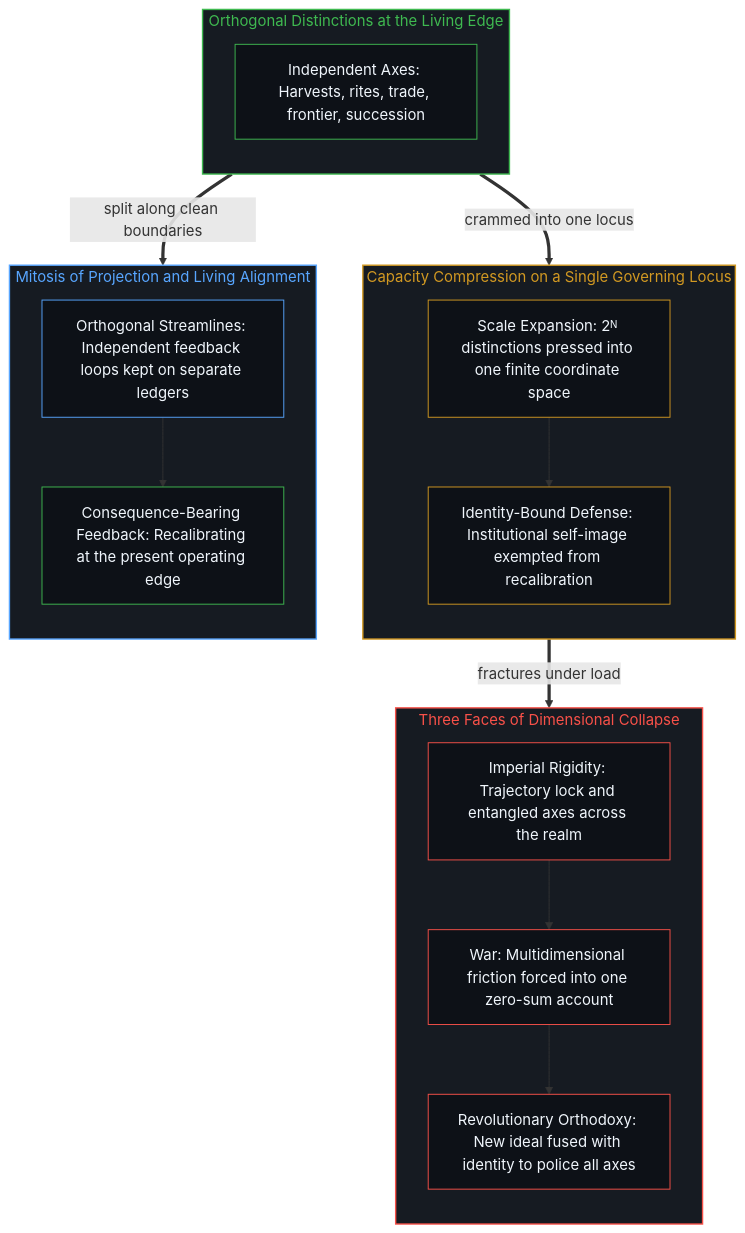
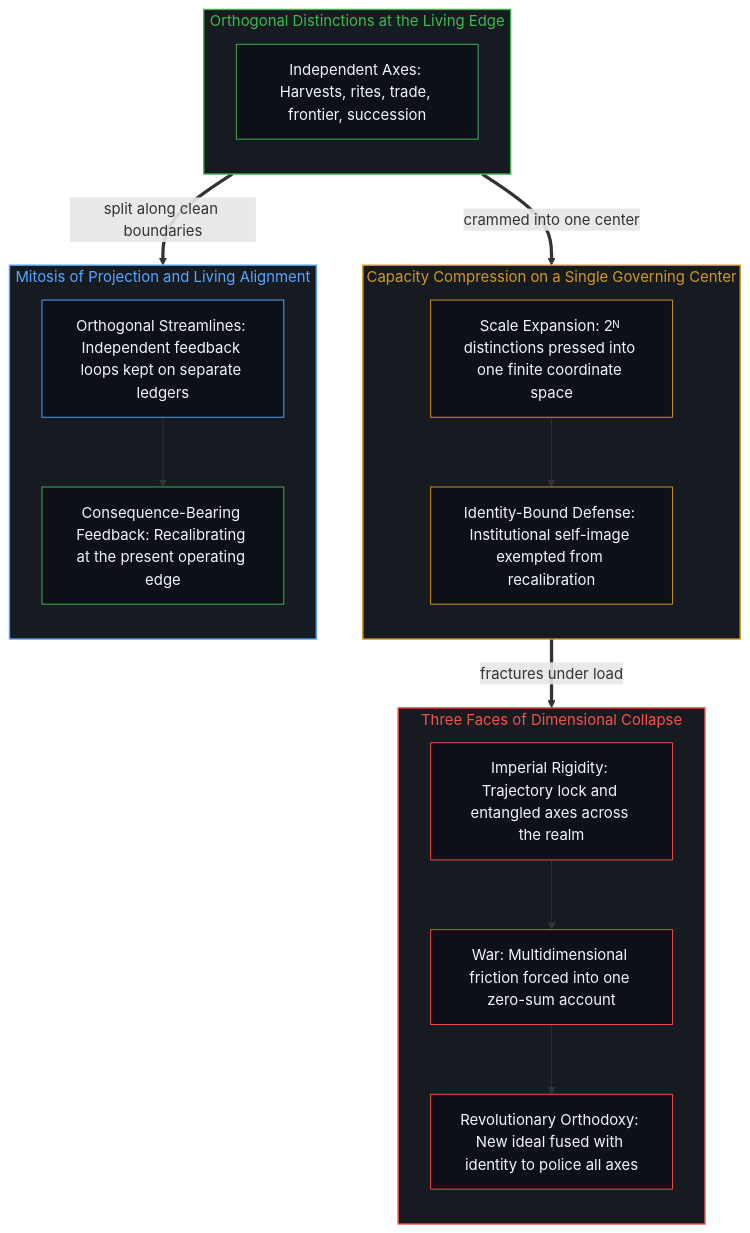
Before and after one commit to powerpig99/not-a-toe: the second of 2 diagrams in content/posts/war-revolution-and-the-fall-of-empires.md, drawn with Mermaid. The commit also changed other lines of this file and 8 other files, not shown here.

````diff
--- a/content/posts/war-revolution-and-the-fall-of-empires.md
+++ b/content/posts/war-revolution-and-the-fall-of-empires.md
@@ -65,41 +65,41 @@
 ```mermaid
 flowchart TD
     subgraph S_Axes["Orthogonal Distinctions at the Living Edge"]
         direction TB
         A1["Independent Axes: Harvests, rites, trade, frontier, succession"]
     end
-    subgraph S_Locus["Capacity Compression on a Single Governing Locus"]
+    subgraph S_Locus["Capacity Compression on a Single Governing Center"]
         direction TB
         L1["Scale Expansion: 2ᴺ distinctions pressed into one finite coordinate space"]
         L2["Identity-Bound Defense: Institutional self-image exempted from recalibration"]
         L1 --> L2
     end
     subgraph S_Collapse["Three Faces of Dimensional Collapse"]
         direction TB
         O1["Imperial Rigidity: Trajectory lock and entangled axes across the realm"]
         O2["War: Multidimensional friction forced into one zero-sum account"]
         O3["Revolutionary Orthodoxy: New ideal fused with identity to police all axes"]
         O1 --> O2 --> O3
     end
     subgraph S_Open["Mitosis of Projection and Living Alignment"]
         direction TB
         M1["Orthogonal Streamlines: Independent feedback loops kept on separate ledgers"]
         M2["Consequence-Bearing Feedback: Recalibrating at the present operating edge"]
         M1 --> M2
     end
-    A1 ==>|"crammed into one locus"| L1
+    A1 ==>|"crammed into one center"| L1
     L2 ==>|"fractures under load"| O1
     A1 ==>|"split along clean boundaries"| M1
     style S_Axes fill:#161b22,stroke:#3fb950,stroke-width:1.5px,color:#3fb950
     style S_Locus fill:#161b22,stroke:#d29922,stroke-width:1.5px,color:#d29922
     style S_Collapse fill:#161b22,stroke:#f85149,stroke-width:1.5px,color:#f85149
     style S_Open fill:#161b22,stroke:#58a6ff,stroke-width:1.5px,color:#58a6ff
     style A1 fill:#0d1117,stroke:#3fb950,stroke-width:1px,color:#f0f6fc
     style L1 fill:#0d1117,stroke:#d29922,stroke-width:1px,color:#f0f6fc
     style L2 fill:#0d1117,stroke:#d29922,stroke-width:1px,color:#f0f6fc
     style O1 fill:#0d1117,stroke:#f85149,stroke-width:1px,color:#f0f6fc
     style O2 fill:#0d1117,stroke:#f85149,stroke-width:1px,color:#f0f6fc
     style O3 fill:#0d1117,stroke:#f85149,stroke-width:1px,color:#f0f6fc
     style M1 fill:#0d1117,stroke:#58a6ff,stroke-width:1px,color:#f0f6fc
     style M2 fill:#0d1117,stroke:#3fb950,stroke-width:1px,color:#f0f6fc
 ```
````
